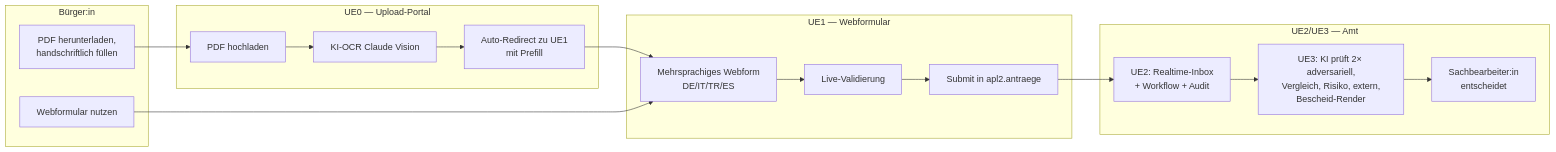
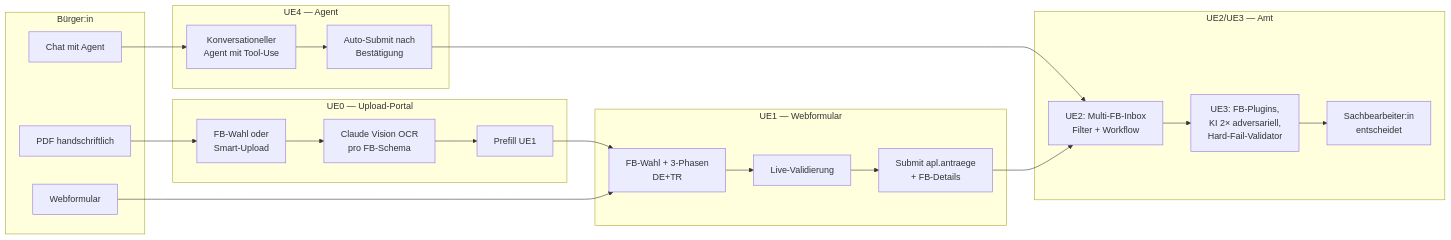
Before and after one commit to swrobuts/DigitalisierungVerwaltung: the diagram in README.md, drawn with Mermaid. The commit also changed other lines of this file and 3 other files, not shown here.

````diff
--- a/README.md
+++ b/README.md
@@ -41,25 +44,31 @@
 ```mermaid
 flowchart LR
     subgraph BUERGER["Bürger:in"]
-        B1[PDF herunterladen,<br/>handschriftlich füllen]
-        B2[Webformular nutzen]
+        B1[PDF handschriftlich]
+        B2[Webformular]
+        B4[Chat mit Agent]
     end
     subgraph UE0["UE0 — Upload-Portal"]
-        U0[PDF hochladen]
-        U0K[KI-OCR Claude Vision]
-        U0R[Auto-Redirect zu UE1<br/>mit Prefill]
+        U0[FB-Wahl oder<br/>Smart-Upload]
+        U0K[Claude Vision OCR<br/>pro FB-Schema]
+        U0R[Prefill UE1]
     end
     subgraph UE1["UE1 — Webformular"]
-        U1[Mehrsprachiges Webform<br/>DE/IT/TR/ES]
+        U1[FB-Wahl + 3-Phasen<br/>DE+TR]
         U1V[Live-Validierung]
-        U1S[Submit in apl2.antraege]
+        U1S[Submit apl.antraege<br/>+ FB-Details]
     end
     subgraph AMT["UE2/UE3 — Amt"]
-        A2[UE2: Realtime-Inbox<br/>+ Workflow + Audit]
-        A3[UE3: KI prüft 2× adversariell,<br/>Vergleich, Risiko, extern,<br/>Bescheid-Render]
+        A2[UE2: Multi-FB-Inbox<br/>Filter + Workflow]
+        A3[UE3: FB-Plugins,<br/>KI 2× adversariell,<br/>Hard-Fail-Validator]
         AM[Sachbearbeiter:in<br/>entscheidet]
+    end
+    subgraph UE4["UE4 — Agent"]
+        U4[Konversationeller<br/>Agent mit Tool-Use]
+        U4S[Auto-Submit nach<br/>Bestätigung]
     end
     B1 --> U0 --> U0K --> U0R --> U1
     B2 --> U1 --> U1V --> U1S
+    B4 --> U4 --> U4S --> A2
     U1S --> A2 --> A3 --> AM
 ```
````
